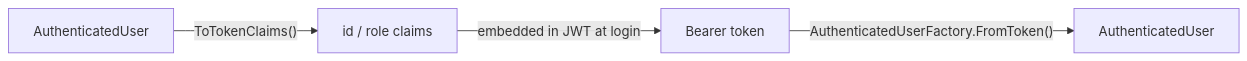
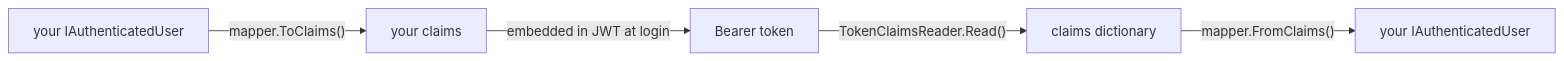
The diagram in docs/content/security.md (artur-rios/dotnet-webapi-util), drawn with Mermaid before and after one commit. The commit also changed other lines of this file and 3 other files, not shown here.

````diff
--- a/docs/content/security.md
+++ b/docs/content/security.md
@@ -148,6 +190,7 @@
 ```mermaid
 flowchart LR
-    User["AuthenticatedUser"] -- "ToTokenClaims()" --> Claims["id / role claims"]
+    User["your IAuthenticatedUser"] -- "mapper.ToClaims()" --> Claims["your claims"]
     Claims -- "embedded in JWT at login" --> Token["Bearer token"]
-    Token -- "AuthenticatedUserFactory.FromToken()" --> User2["AuthenticatedUser"]
+    Token -- "TokenClaimsReader.Read()" --> Claims2["claims dictionary"]
+    Claims2 -- "mapper.FromClaims()" --> User2["your IAuthenticatedUser"]
 ```
````
